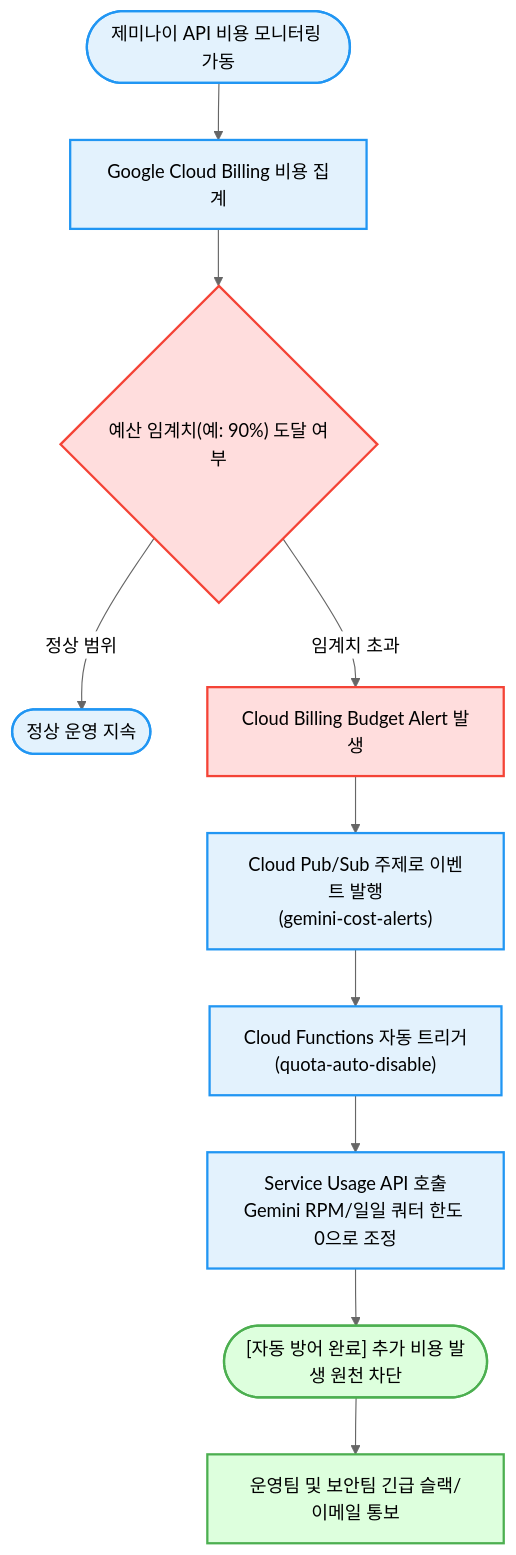
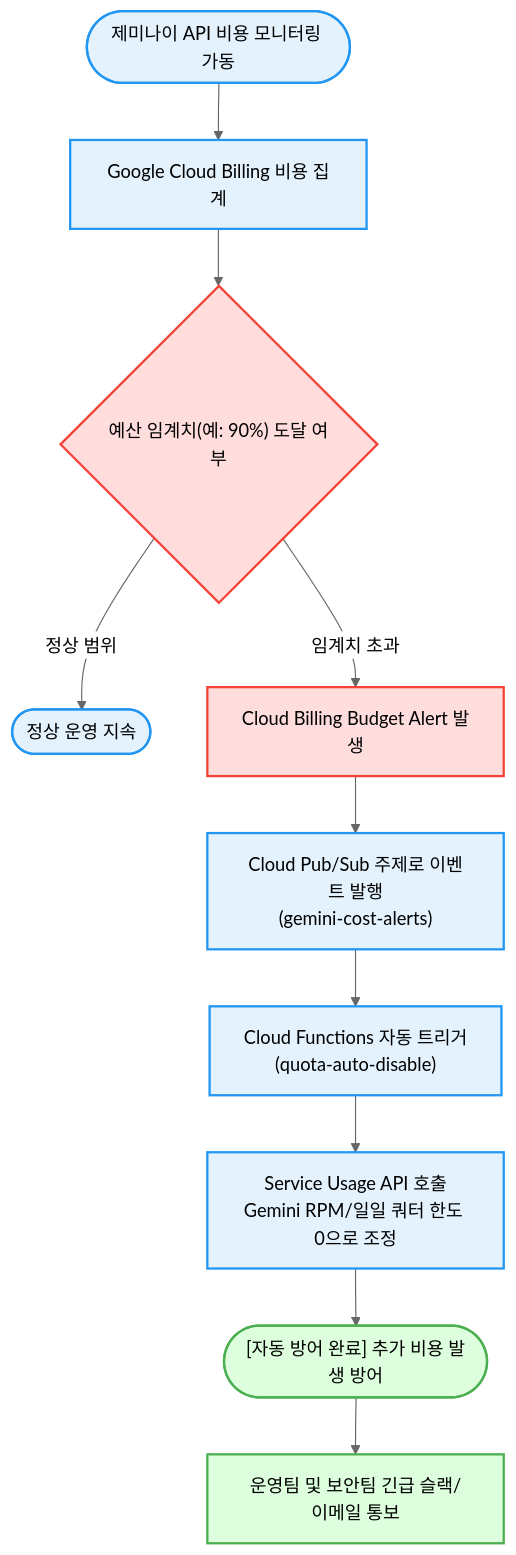
The diagram in samples/gemini-quota-cost-alert/README.md (jiangjun-forge/google-cloud-0-to-1), drawn with Mermaid (neutral theme) before and after one commit. The commit also changed other lines of this file and 19 other files, not shown here.

````diff
--- a/samples/gemini-quota-cost-alert/README.md
+++ b/samples/gemini-quota-cost-alert/README.md
@@ -37,24 +37,24 @@
 ```mermaid
 flowchart TD
     Start(["제미나이 API 비용 모니터링 가동"]) --> CheckSpend["Google Cloud Billing 비용 집계"]
     CheckSpend --> Threshold{"예산 임계치(예: 90%) 도달 여부"}
     
     Threshold -- "정상 범위" --> Safe(["정상 운영 지속"])
     Threshold -- "임계치 초과" --> TriggerAlert["Cloud Billing Budget Alert 발생"]
     
     TriggerAlert --> PublishPubSub["Cloud Pub/Sub 주제로 이벤트 발행<br/>(gemini-cost-alerts)"]
     PublishPubSub --> InvokeFunction["Cloud Functions 자동 트리거<br/>(quota-auto-disable)"]
     
     InvokeFunction --> QuotaZero["Service Usage API 호출<br/>Gemini RPM/일일 쿼터 한도 0으로 조정"]
-    QuotaZero --> Blocked(["[자동 방어 완료] 추가 비용 발생 원천 차단"])
+    QuotaZero --> Blocked(["[자동 방어 완료] 추가 비용 발생 방어"])
     
     Blocked --> Notify["운영팀 및 보안팀 긴급 슬랙/이메일 통보"]
 
     classDef alert fill:#ffdddd,stroke:#f44336,stroke-width:2px;
     classDef success fill:#ddffdd,stroke:#4caf50,stroke-width:2px;
     classDef action fill:#e3f2fd,stroke:#2196f3,stroke-width:2px;
     class Start,Safe action;
     class Threshold,TriggerAlert alert;
     class Blocked,Notify success;
     class CheckSpend,PublishPubSub,InvokeFunction,QuotaZero action;
 ```
````
